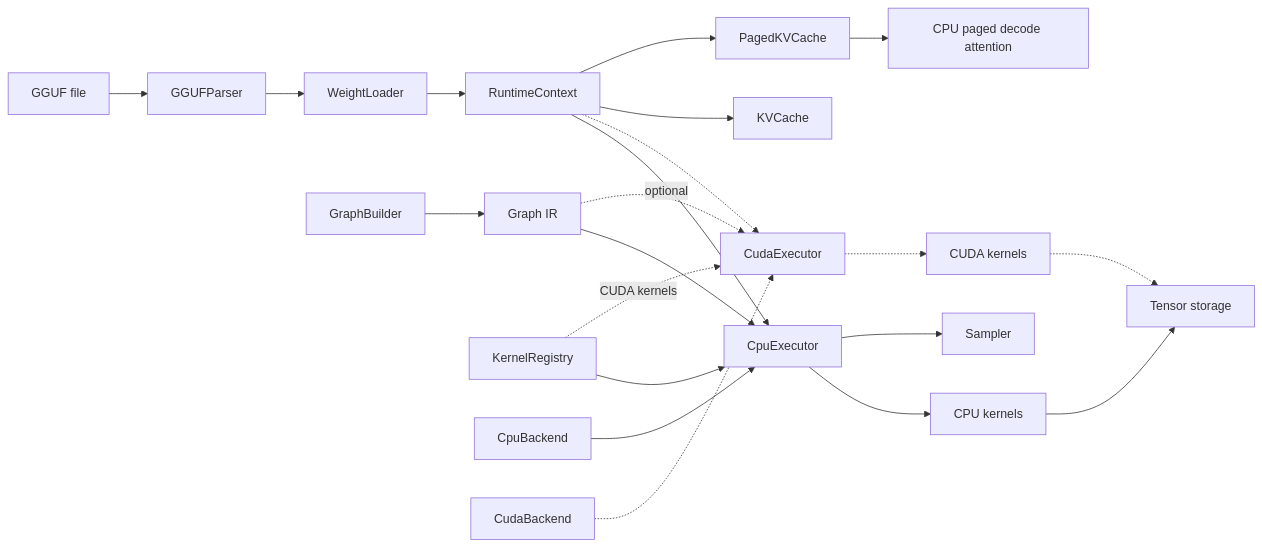
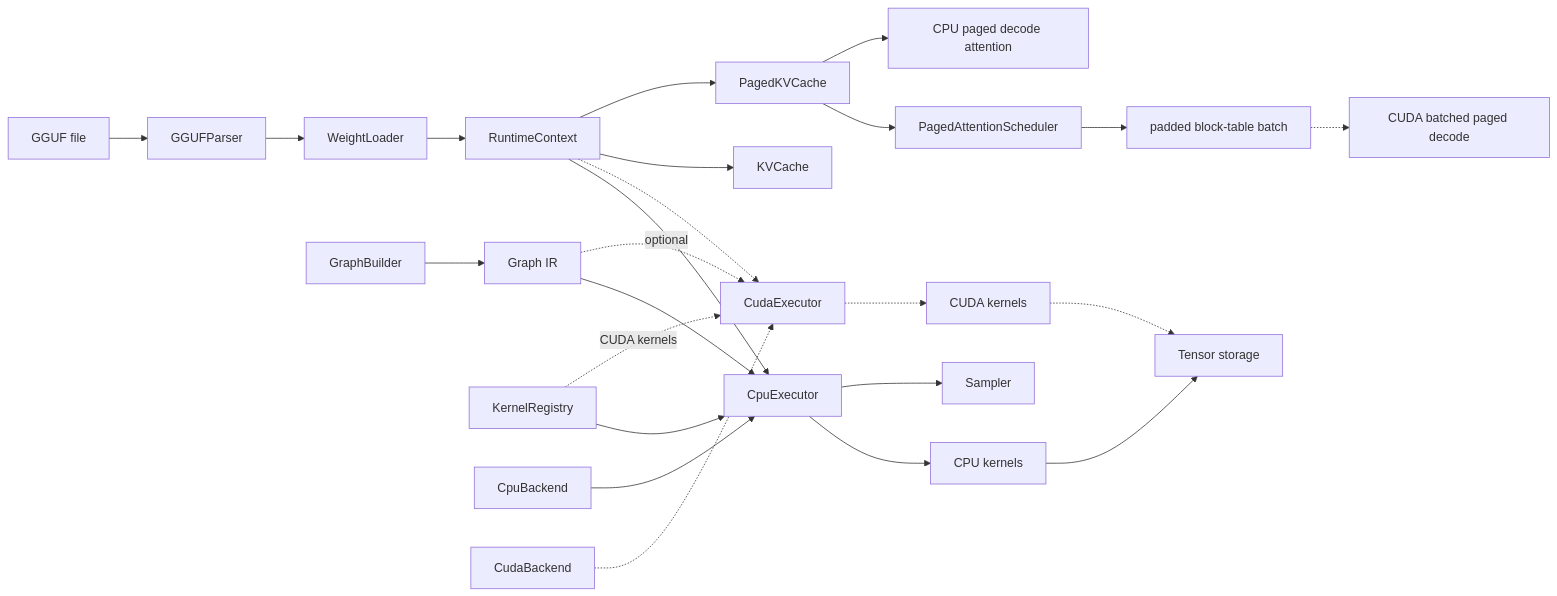
One commit to plutoaac/llmengine changed the diagram in README.md. Above: the diagram before and after it, drawn with Mermaid. The commit also changed other lines of this file and 9 other files, not shown here.

Commit message:
Add multi-sequence paged attention scheduler

````diff
--- a/README.md
+++ b/README.md
@@ -21,25 +21,28 @@
 ```mermaid
 flowchart LR
     GGUF["GGUF file"] --> Parser["GGUFParser"]
     Parser --> Loader["WeightLoader"]
     Loader --> Context["RuntimeContext"]
 
     Builder["GraphBuilder"] --> Graph["Graph IR"]
     Graph --> Executor["CpuExecutor"]
     Graph -. "optional" .-> CudaExecutor["CudaExecutor"]
     Registry["KernelRegistry"] --> Executor
     Registry -. "CUDA kernels" .-> CudaExecutor
     Backend["CpuBackend"] --> Executor
     CudaBackend["CudaBackend"] -.-> CudaExecutor
     Context --> Executor
     Context -.-> CudaExecutor
 
     Executor --> Kernels["CPU kernels"]
     CudaExecutor -.-> CudaKernels["CUDA kernels"]
     Context --> KV["KVCache"]
     Context --> PagedKV["PagedKVCache"]
+    PagedKV --> Scheduler["PagedAttentionScheduler"]
     Kernels --> Tensor["Tensor storage"]
     PagedKV --> PagedAttn["CPU paged decode attention"]
+    Scheduler --> PagedBatch["padded block-table batch"]
+    PagedBatch -.-> CudaPaged["CUDA batched paged decode"]
     CudaKernels -.-> Tensor
     Executor --> Sampler["Sampler"]
 ```
````
